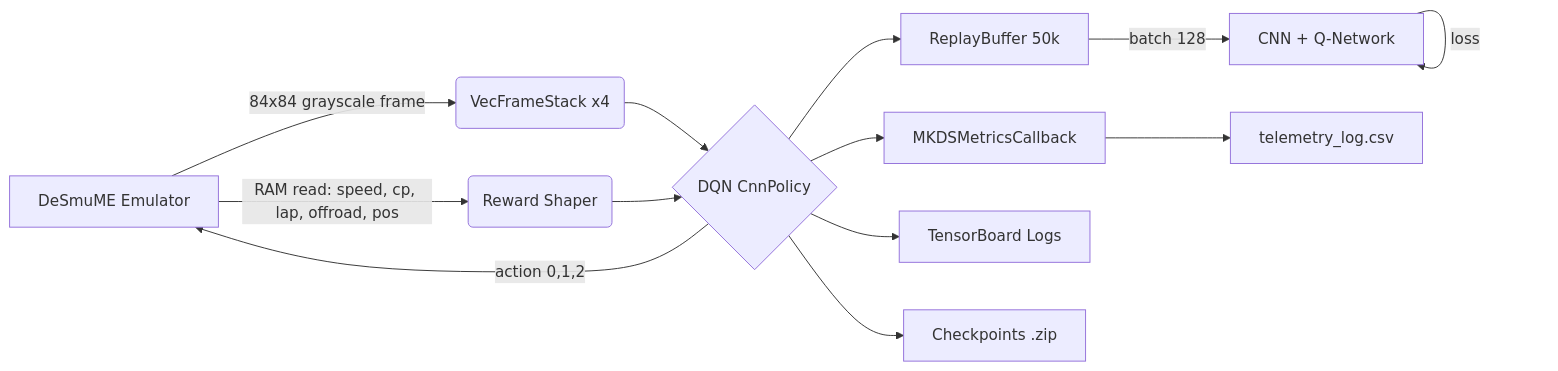
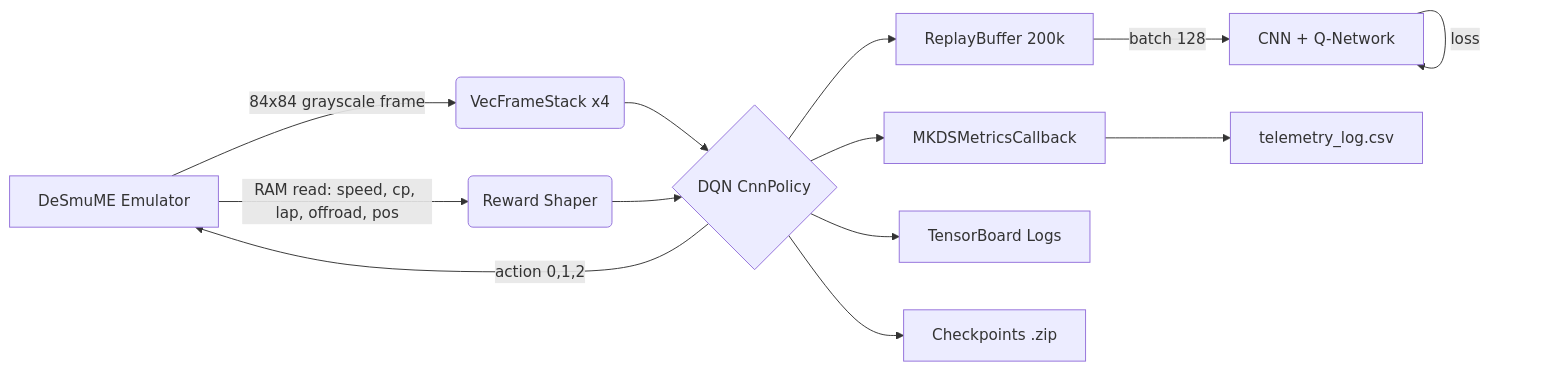
One commit to Asterinos1/MKDS-RL-Agent changed the diagram in README.md. Above: the diagram before and after it, drawn with Mermaid. The commit also changed other lines of this file and 1 other file, not shown here.

````diff
--- a/README.md
+++ b/README.md
@@ -33,15 +33,15 @@
 ```mermaid
 graph LR
     A[DeSmuME Emulator] -->|84x84 grayscale frame| B(VecFrameStack x4)
     A -->|RAM read: speed, cp, lap, offroad, pos| C(Reward Shaper)
     B --> D{DQN CnnPolicy}
     C --> D
     D -->|action 0,1,2| A
-    D --> E[ReplayBuffer 50k]
+    D --> E[ReplayBuffer 200k]
     E -->|batch 128| F[CNN + Q-Network]
     F -->|loss| F
     D --> G[MKDSMetricsCallback]
     G --> H[telemetry_log.csv]
     D --> I[TensorBoard Logs]
     D --> J[Checkpoints .zip]
 ```
````
